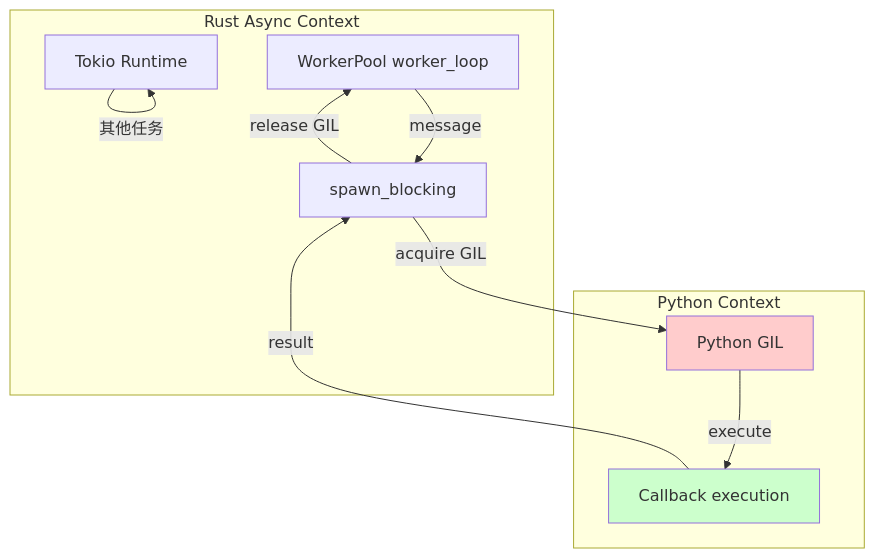
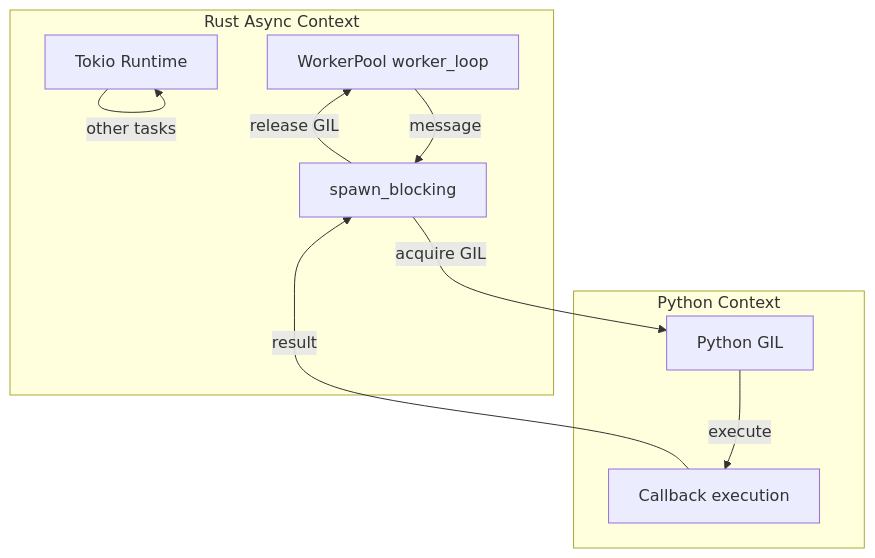
The first of 2 diagrams in docs/architecture/pyboundary.md (DVNghiem/KafPy), drawn with Mermaid before and after one commit. The commit also changed other lines of this file and 20 other files, not shown here.

````diff
--- a/docs/architecture/pyboundary.md
+++ b/docs/architecture/pyboundary.md
@@ -13,23 +14,20 @@
 ```mermaid
 flowchart TB
     subgraph Rust["Rust Async Context"]
         T[Tokio Runtime]
         W[WorkerPool worker_loop]
         SB[spawn_blocking]
     end
 
     subgraph Python["Python Context"]
         GIL[Python GIL]
         CB[Callback execution]
     end
 
     W -->|message| SB
     SB -->|acquire GIL| GIL
     GIL -->|execute| CB
     CB -->|result| SB
     SB -->|release GIL| W
-    T -->|其他任务| T
-
-    style GIL fill:#ffcccc
-    style CB fill:#ccffcc
+    T -->|other tasks| T
 ```
````
